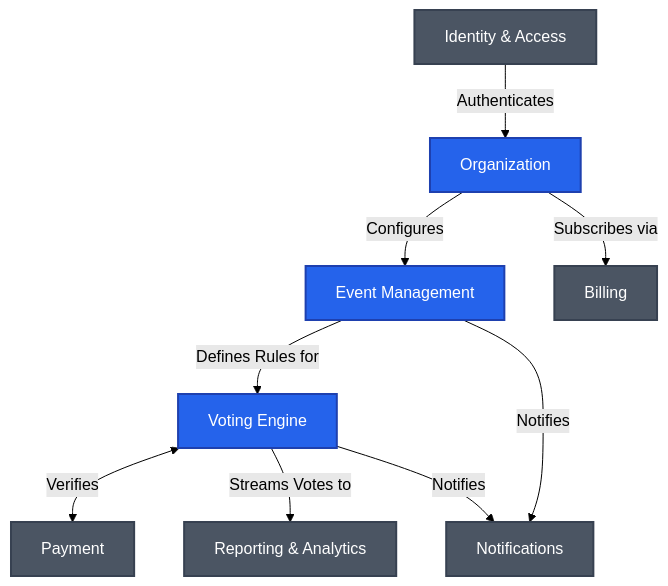
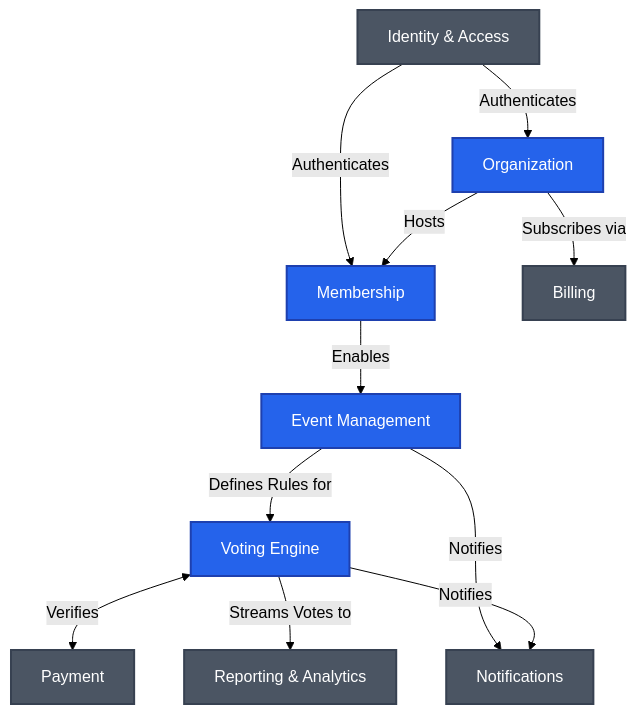
One commit to SevenCandid/OmniVote changed the diagram in docs/architecture/context-map.md. Above: the diagram before and after it, drawn with Mermaid (forest theme). The commit also changed other lines of this file and 95 other files, not shown here.

````diff
--- a/docs/architecture/context-map.md
+++ b/docs/architecture/context-map.md
@@ -47,17 +52,19 @@
 ```mermaid
 graph TD
     IAC[Identity & Access] -->|Authenticates| OC[Organization]
-    OC -->|Configures| EMC[Event Management]
+    IAC -->|Authenticates| MC[Membership]
+    OC -->|Hosts| MC
+    MC -->|Enables| EMC[Event Management]
     EMC -->|Defines Rules for| VE[Voting Engine]
     VE <-->|Verifies| PC[Payment]
     VE -->|Streams Votes to| RAC[Reporting & Analytics]
     EMC -->|Notifies| NC[Notifications]
     VE -->|Notifies| NC
     OC -->|Subscribes via| BC[Billing]
     
     classDef core fill:#2563eb,stroke:#1e40af,stroke-width:2px,color:#fff;
     classDef support fill:#4b5563,stroke:#374151,stroke-width:2px,color:#fff;
     
-    class VE,EMC,OC core;
+    class VE,EMC,OC,MC core;
     class IAC,PC,RAC,NC,BC support;
 ```
````
